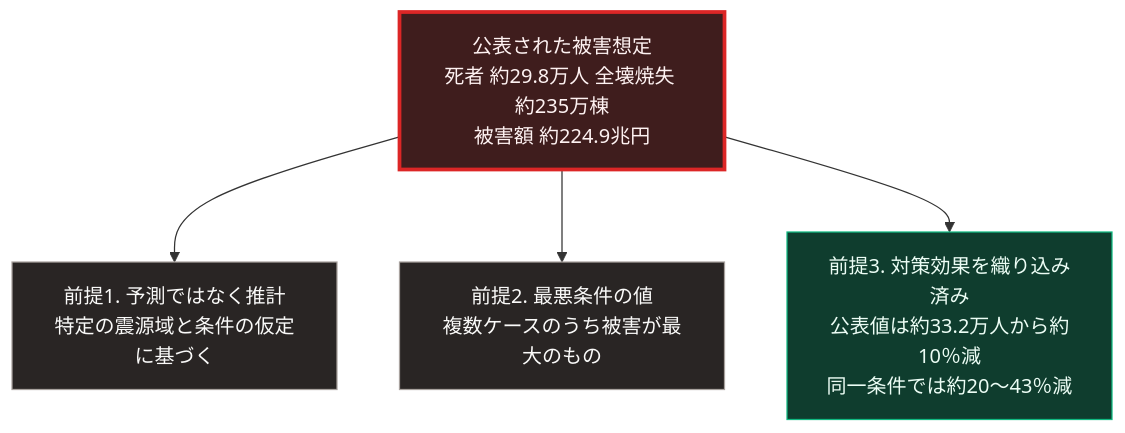
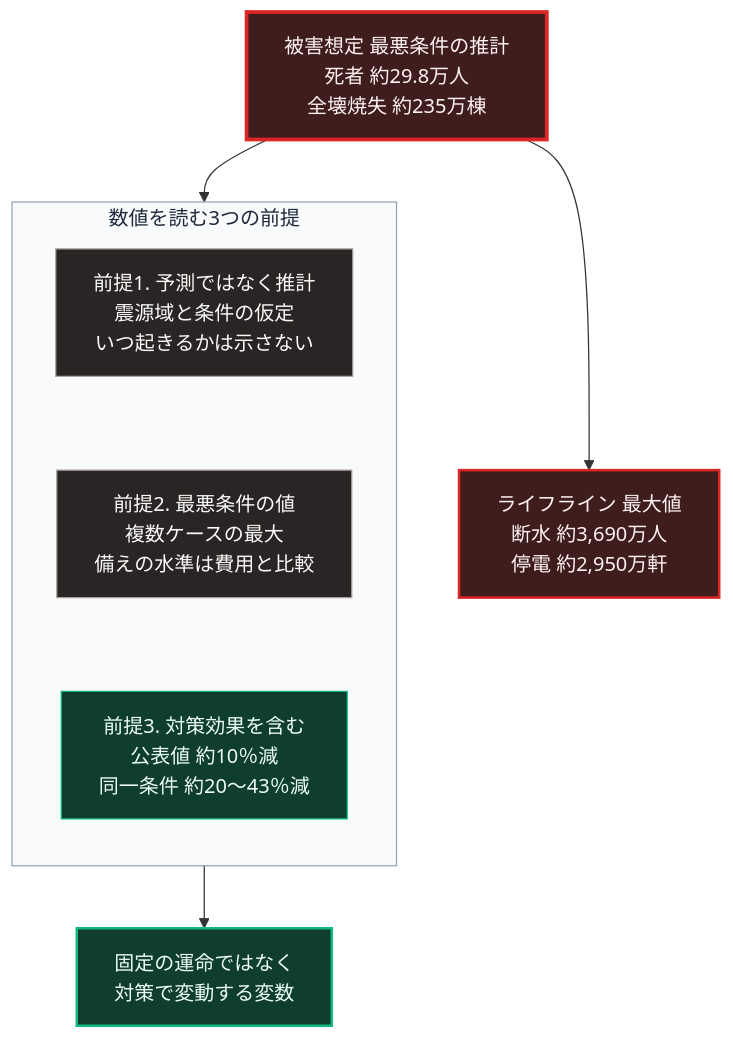
The diagram in books/sovereign-resilience-blueprint/28_nankai-trough-vulnerability.md (Takenori-Kusaka/zenn-content), drawn with Mermaid before and after one commit. The commit also changed other lines of this file and 114 other files, not shown here.

````diff
--- a/books/sovereign-resilience-blueprint/28_nankai-trough-vulnerability.md
+++ b/books/sovereign-resilience-blueprint/28_nankai-trough-vulnerability.md
@@ -65,12 +65,20 @@
 ```mermaid
 flowchart TD
-    N[公表された被害想定<br>死者 約29.8万人 全壊焼失 約235万棟<br>被害額 約224.9兆円]
-    N --> P1[前提1. 予測ではなく推計<br>特定の震源域と条件の仮定に基づく]
-    N --> P2[前提2. 最悪条件の値<br>複数ケースのうち被害が最大のもの]
-    N --> P3[前提3. 対策効果を織り込み済み<br>公表値は約33.2万人から約10％減<br>同一条件では約20〜43％減]
+    N[被害想定 最悪条件の推計<br>死者 約29.8万人<br>全壊焼失 約235万棟]
+    subgraph G[数値を読む3つの前提]
+        direction TB
+        P1[前提1. 予測ではなく推計<br>震源域と条件の仮定<br>いつ起きるかは示さない] ~~~ P2[前提2. 最悪条件の値<br>複数ケースの最大<br>備えの水準は費用と比較]
+        P2 ~~~ P3[前提3. 対策効果を含む<br>公表値 約10％減<br>同一条件 約20〜43％減]
+    end
+    N --> G
+    N --> L[ライフライン 最大値<br>断水 約3,690万人<br>停電 約2,950万軒]
+    G --> X[固定の運命ではなく<br>対策で変動する変数]
 
     style N fill:#3f1d1d,stroke:#dc2626,stroke-width:3px,color:#fef2f2
     style P1 fill:#292524,stroke:#a8a29e,color:#fafaf9
     style P2 fill:#292524,stroke:#a8a29e,color:#fafaf9
     style P3 fill:#0f3d2e,stroke:#10b981,color:#ecfdf5
+    style L fill:#3f1d1d,stroke:#dc2626,stroke-width:2px,color:#fef2f2
+    style X fill:#0f3d2e,stroke:#10b981,stroke-width:2px,color:#ecfdf5
+    style G fill:#f8fafc,stroke:#94a3b8,color:#1e293b
 ```
````
